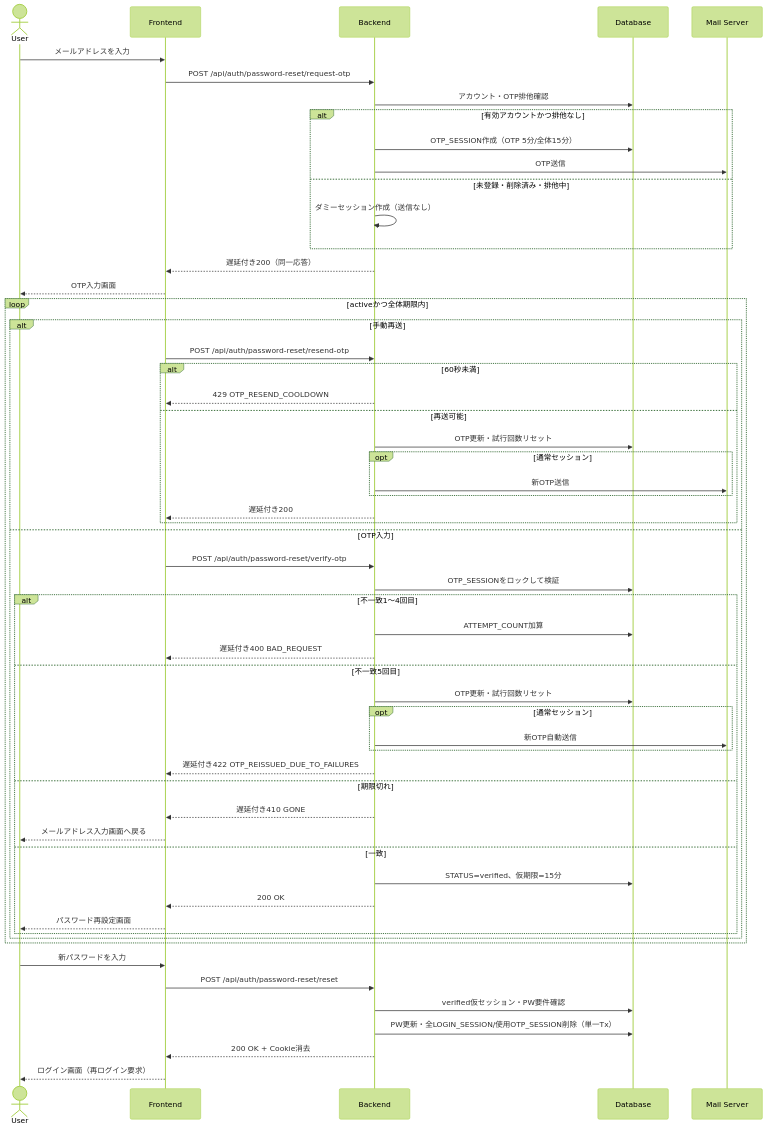
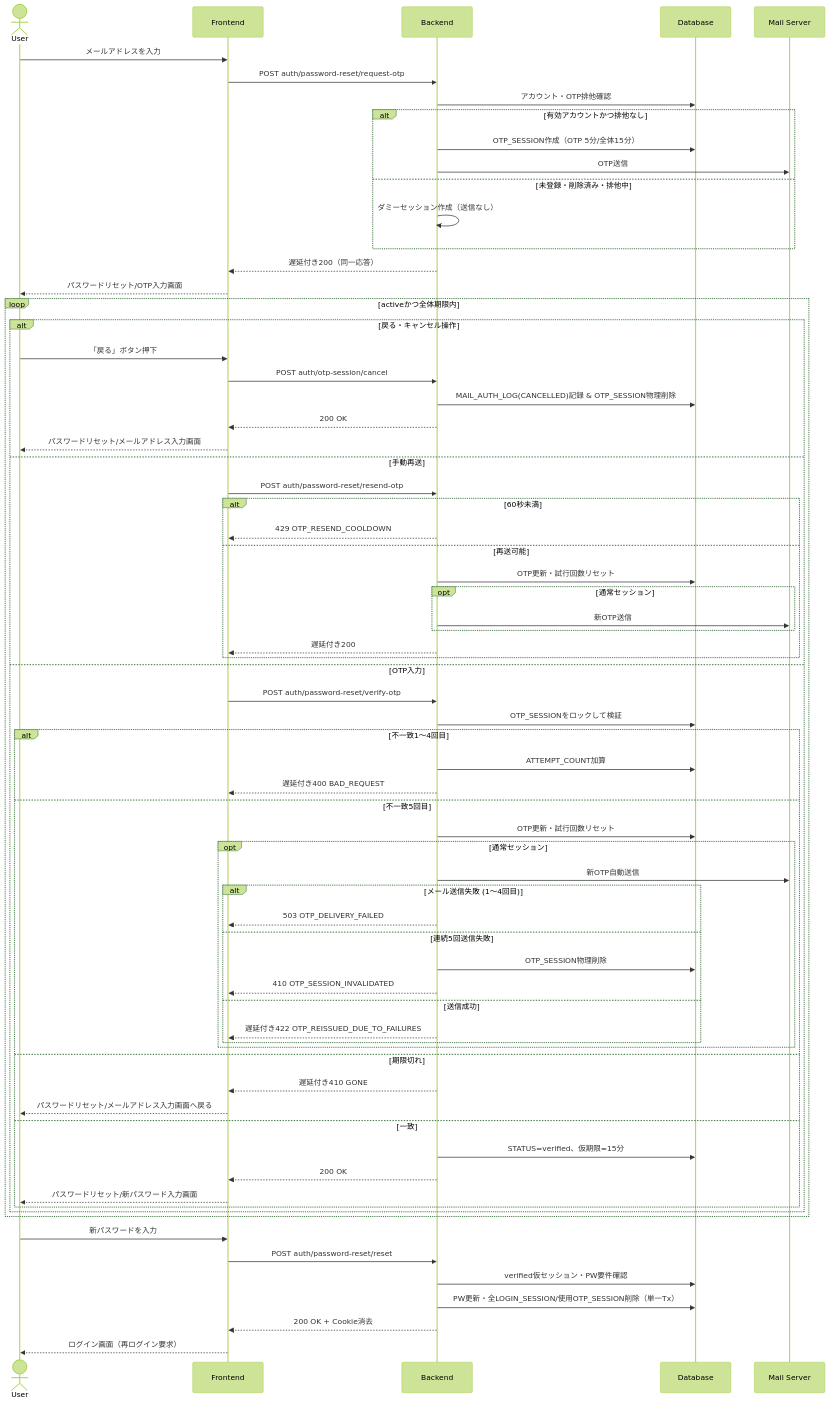
One commit to TUS-TI-dev-team/SyncTask changed the diagram in docs/design/process_design/06_password_reset.md. Above: the diagram before and after it, drawn with Mermaid (forest theme). The commit also changed other lines of this file and 60 other files, not shown here.

````diff
--- a/docs/design/process_design/06_password_reset.md
+++ b/docs/design/process_design/06_password_reset.md
@@ -98,62 +109,75 @@
 ```mermaid
 sequenceDiagram
     actor User
     participant FE as Frontend
     participant BE as Backend
     participant DB as Database
     participant Mail as Mail Server
 
     User->>FE: メールアドレスを入力
-    FE->>BE: POST /api/auth/password-reset/request-otp
+    FE->>BE: POST auth/password-reset/request-otp
     BE->>DB: アカウント・OTP排他確認
     alt 有効アカウントかつ排他なし
         BE->>DB: OTP_SESSION作成（OTP 5分/全体15分）
         BE->>Mail: OTP送信
     else 未登録・削除済み・排他中
         BE->>BE: ダミーセッション作成（送信なし）
     end
     BE-->>FE: 遅延付き200（同一応答）
-    FE-->>User: OTP入力画面
+    FE-->>User: パスワードリセット/OTP入力画面
 
     loop activeかつ全体期限内
-        alt 手動再送
-            FE->>BE: POST /api/auth/password-reset/resend-otp
+        alt 戻る・キャンセル操作
+            User->>FE: 「戻る」ボタン押下
+            FE->>BE: POST auth/otp-session/cancel
+            BE->>DB: MAIL_AUTH_LOG(CANCELLED)記録 & OTP_SESSION物理削除
+            BE-->>FE: 200 OK
+            FE-->>User: パスワードリセット/メールアドレス入力画面
+        else 手動再送
+            FE->>BE: POST auth/password-reset/resend-otp
             alt 60秒未満
                 BE-->>FE: 429 OTP_RESEND_COOLDOWN
             else 再送可能
                 BE->>DB: OTP更新・試行回数リセット
                 opt 通常セッション
                     BE->>Mail: 新OTP送信
                 end
                 BE-->>FE: 遅延付き200
             end
         else OTP入力
-            FE->>BE: POST /api/auth/password-reset/verify-otp
+            FE->>BE: POST auth/password-reset/verify-otp
             BE->>DB: OTP_SESSIONをロックして検証
             alt 不一致1〜4回目
                 BE->>DB: ATTEMPT_COUNT加算
                 BE-->>FE: 遅延付き400 BAD_REQUEST
             else 不一致5回目
                 BE->>DB: OTP更新・試行回数リセット
                 opt 通常セッション
                     BE->>Mail: 新OTP自動送信
+                    alt メール送信失敗 (1〜4回目)
+                        BE-->>FE: 503 OTP_DELIVERY_FAILED
+                    else 連続5回送信失敗
+                        BE->>DB: OTP_SESSION物理削除
+                        BE-->>FE: 410 OTP_SESSION_INVALIDATED
+                    else 送信成功
+                        BE-->>FE: 遅延付き422 OTP_REISSUED_DUE_TO_FAILURES
+                    end
                 end
-                BE-->>FE: 遅延付き422 OTP_REISSUED_DUE_TO_FAILURES
             else 期限切れ
                 BE-->>FE: 遅延付き410 GONE
-                FE-->>User: メールアドレス入力画面へ戻る
+                FE-->>User: パスワードリセット/メールアドレス入力画面へ戻る
             else 一致
                 BE->>DB: STATUS=verified、仮期限=15分
                 BE-->>FE: 200 OK
-                FE-->>User: パスワード再設定画面
+                FE-->>User: パスワードリセット/新パスワード入力画面
             end
         end
     end
 
     User->>FE: 新パスワードを入力
-    FE->>BE: POST /api/auth/password-reset/reset
+    FE->>BE: POST auth/password-reset/reset
     BE->>DB: verified仮セッション・PW要件確認
     BE->>DB: PW更新・全LOGIN_SESSION/使用OTP_SESSION削除（単一Tx）
     BE-->>FE: 200 OK + Cookie消去
     FE-->>User: ログイン画面（再ログイン要求）
 ```
````
